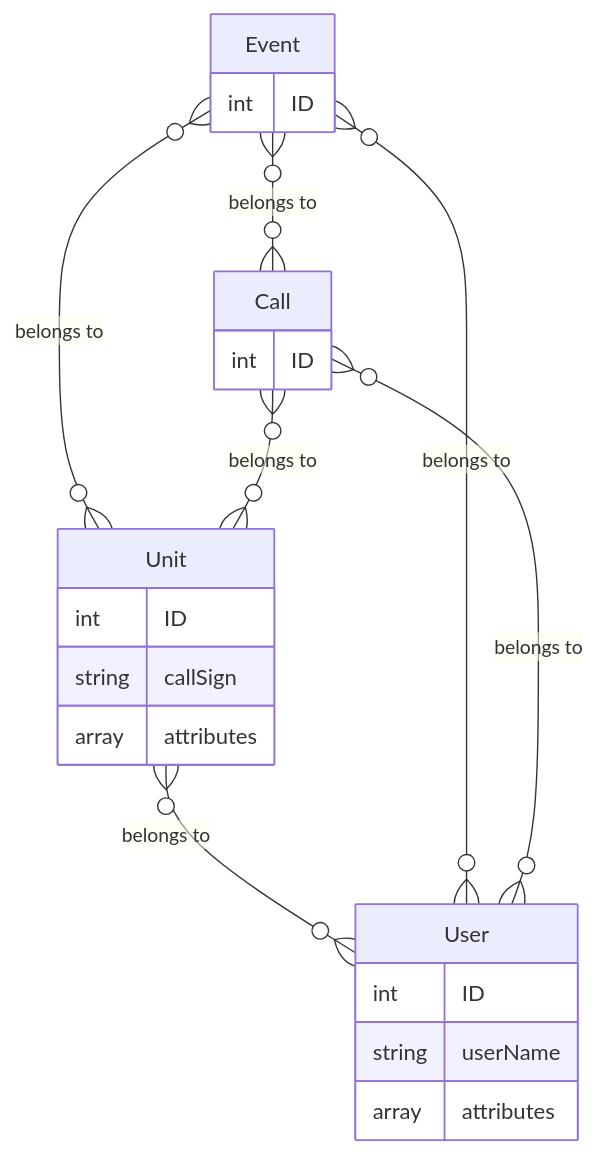
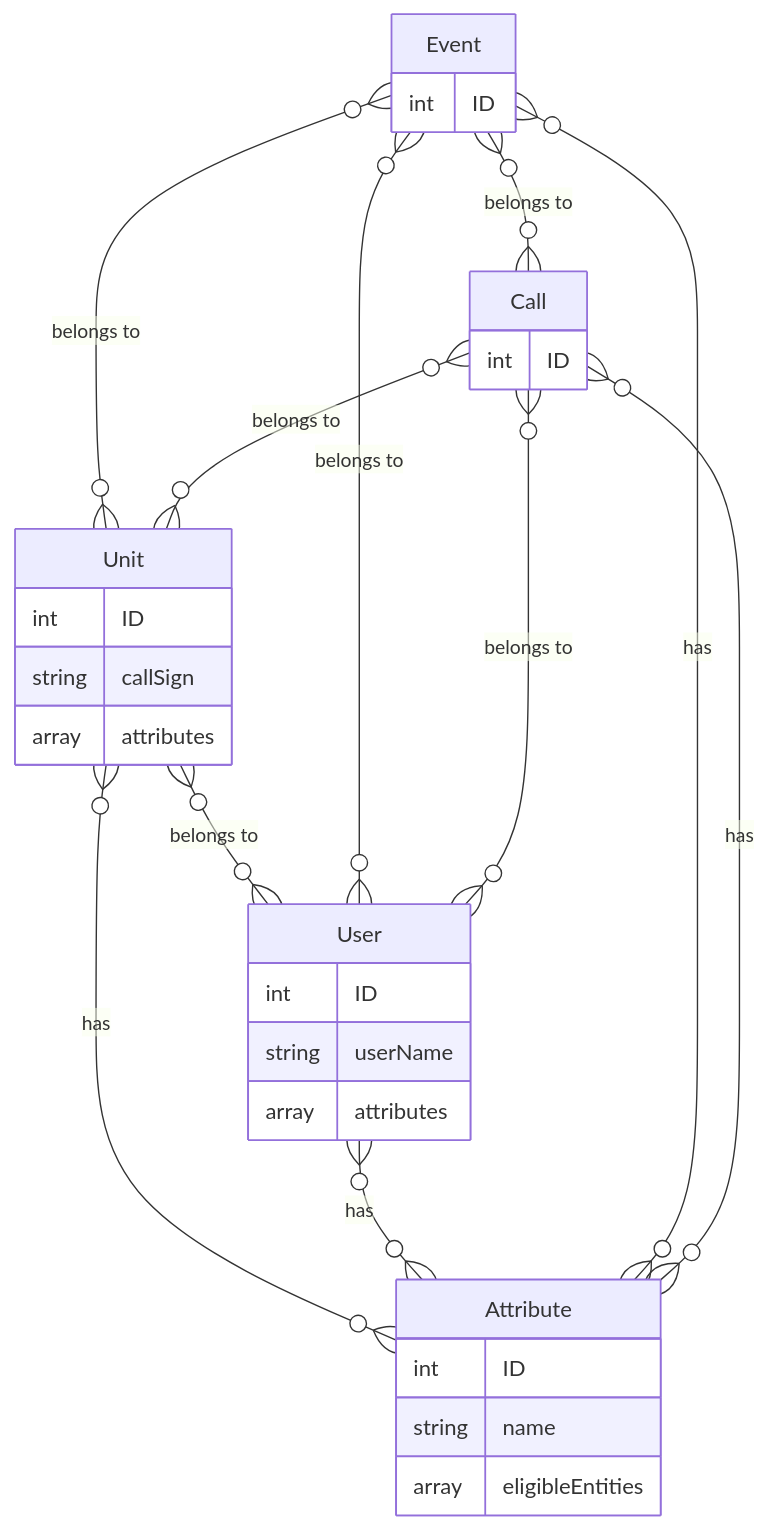
Before and after one commit to memtech3/dispatchSystem: the diagram in dotnet-backend/Entity Diagram.md, drawn with Mermaid.

Commit message:
added attribute

````diff
--- a/dotnet-backend/Entity Diagram.md
+++ b/dotnet-backend/Entity Diagram.md
@@ -1,35 +1,54 @@
 ```mermaid
     erDiagram
     
+    %% Definitions for all entities
+
     Unit {
         int ID
         string callSign
         array attributes 
         %% attributes could be type of unit, rank/permissions, etc...
     }
     Event {
         int ID
     }
         
     Call {
         int ID
     }
     
     User {
         int ID
         string userName
         array attributes
     }
 
+    Attribute {
+        int ID
+        string name
+        array eligibleEntities
+        %% entities this attribute can be assigned to
+    }
+
+    %% Entity relationships
 
     Unit }o--o{ User: "belongs to"
+
     Event }o--o{ User: "belongs to"
     Event }o--o{ Unit: "belongs to"
 
 
     Call }o--o{ User: "belongs to"
     Call }o--o{ Unit: "belongs to"
 
     Event }o--o{ Call: "belongs to"
 
+    Unit }o--o{ Attribute: "has"
+    User }o--o{ Attribute: "has"
+    Event }o--o{ Attribute: "has"
+    Call }o--o{ Attribute: "has"
+
+
+
+
 ```
````
